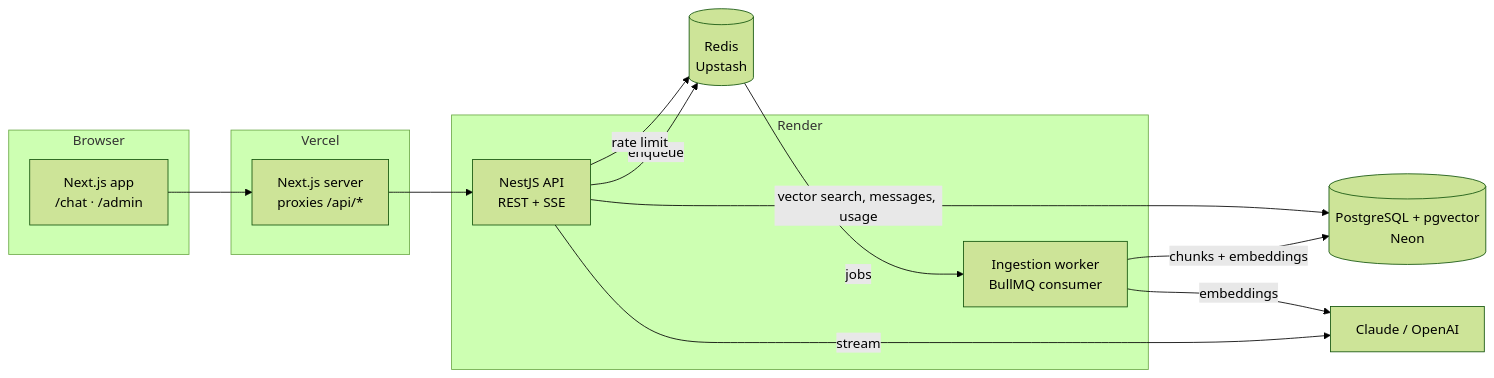
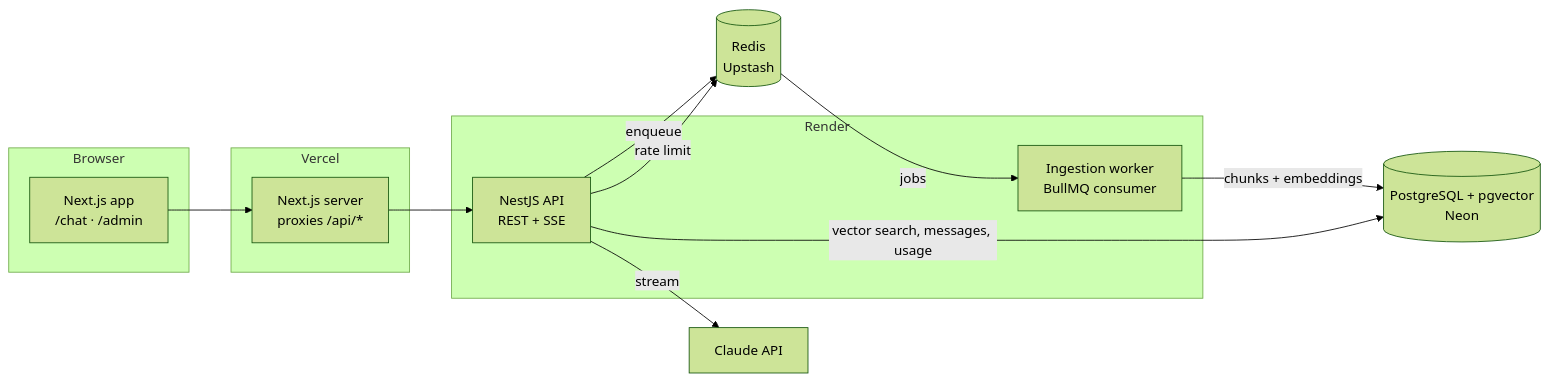
Before and after one commit to nvekay/docs-assistant: the diagram in README.md, drawn with Mermaid (forest theme). The commit also changed other lines of this file and 16 other files, not shown here.

Commit message:
Remove OpenAI: Claude only, local keyword embeddings for search

````diff
--- a/README.md
+++ b/README.md
@@ -41,25 +41,24 @@
 ```mermaid
 flowchart LR
   subgraph Browser
     UI[Next.js app<br/>/chat · /admin]
   end
   subgraph Vercel
     Web[Next.js server<br/>proxies /api/*]
   end
   subgraph Render
     API[NestJS API<br/>REST + SSE]
     Worker[Ingestion worker<br/>BullMQ consumer]
   end
   PG[(PostgreSQL + pgvector<br/>Neon)]
   Redis[(Redis<br/>Upstash)]
-  LLM[Claude / OpenAI]
+  LLM[Claude API]
 
   UI --> Web --> API
   API -- enqueue --> Redis
   Redis -- jobs --> Worker
   Worker -- chunks + embeddings --> PG
   API -- vector search, messages, usage --> PG
   API -- rate limit --> Redis
   API -- stream --> LLM
-  Worker -- embeddings --> LLM
 ```
````
